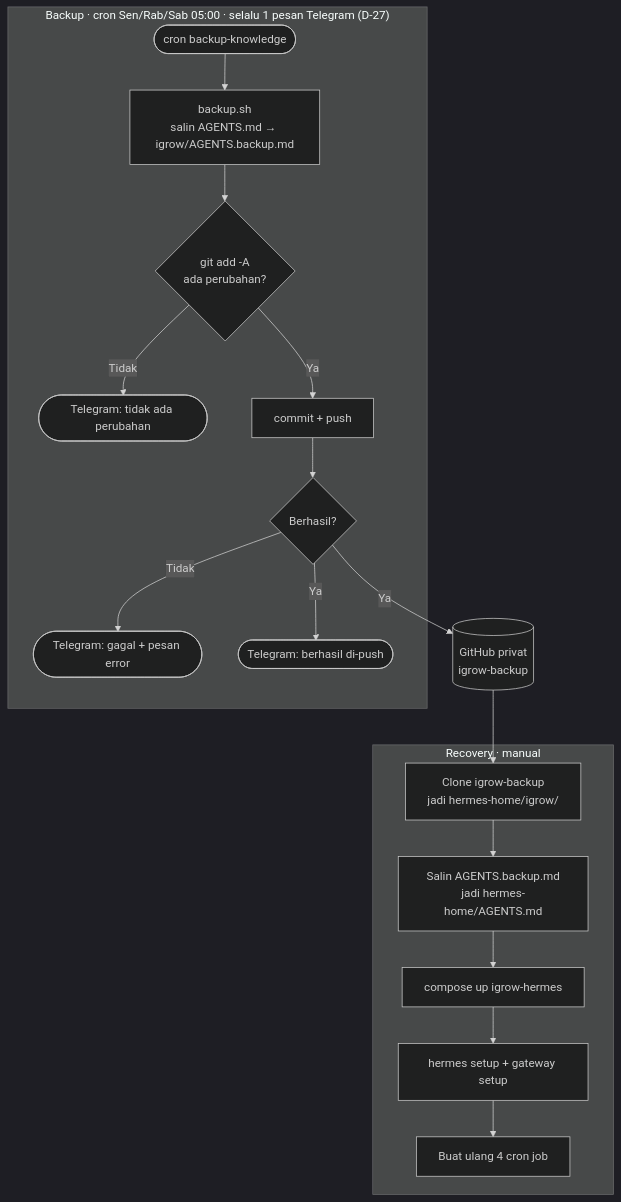
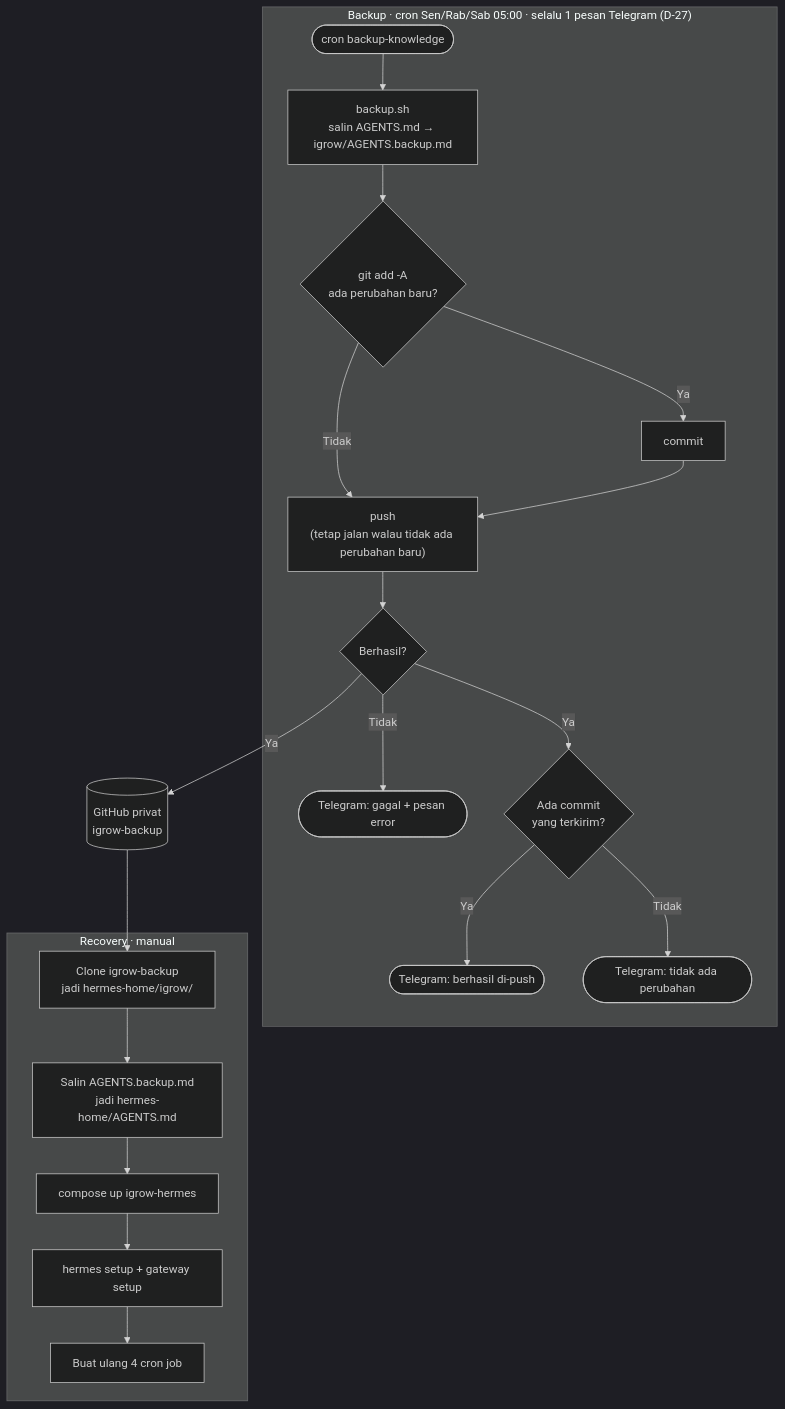
One commit to nuridho/igrow changed the fourth of 4 diagrams in PRD/04-architecture.md. Above: the diagram before and after it, drawn with Mermaid (dark theme). The commit also changed 7 other files, not shown here.

````diff
--- a/PRD/04-architecture.md
+++ b/PRD/04-architecture.md
@@ -172,20 +172,23 @@
 ```mermaid
 flowchart TD
     subgraph backup["Backup · cron Sen/Rab/Sab 05:00 · selalu 1 pesan Telegram (D-27)"]
         b1(["cron backup-knowledge"]) --> b2["backup.sh<br/>salin AGENTS.md → igrow/AGENTS.backup.md"]
-        b2 --> b3{"git add -A<br/>ada perubahan?"}
-        b3 -- Tidak --> b4(["Telegram: tidak ada perubahan"])
-        b3 -- Ya --> b5["commit + push"]
-        b5 --> b6{"Berhasil?"}
+        b2 --> b3{"git add -A<br/>ada perubahan baru?"}
+        b3 -- Ya --> b5["commit"]
+        b3 -- Tidak --> b9
+        b5 --> b9["push<br/>(tetap jalan walau tidak ada perubahan baru)"]
+        b9 --> b6{"Berhasil?"}
         b6 -- Tidak --> b7(["Telegram: gagal + pesan error"])
-        b6 -- Ya --> b8(["Telegram: berhasil di-push"])
+        b6 -- Ya --> b10{"Ada commit<br/>yang terkirim?"}
+        b10 -- Ya --> b8(["Telegram: berhasil di-push"])
+        b10 -- Tidak --> b4(["Telegram: tidak ada perubahan"])
     end
     b6 -- Ya --> gh[("GitHub privat<br/>igrow-backup")]
     subgraph recovery["Recovery · manual"]
         r1["Clone igrow-backup<br/>jadi hermes-home/igrow/"] --> r2["Salin AGENTS.backup.md<br/>jadi hermes-home/AGENTS.md"]
         r2 --> r3["compose up igrow-hermes"]
         r3 --> r4["hermes setup + gateway setup"]
         r4 --> r5["Buat ulang 4 cron job"]
     end
     gh --> r1
 ```
````
